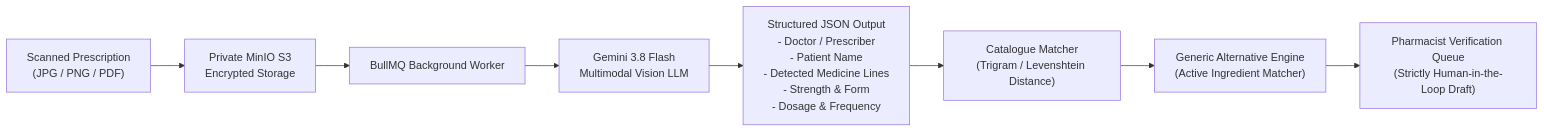
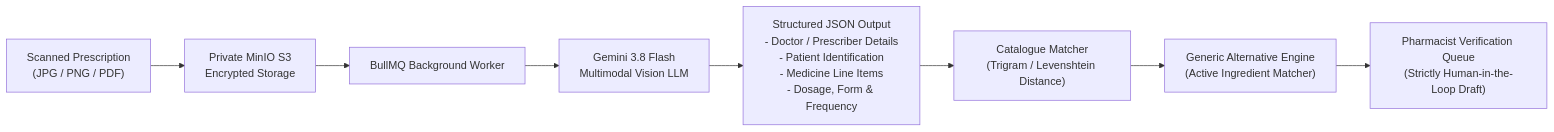
Before and after one commit to Anujanthwal-dotcom/assignment-isocode-labs: the sixth of 6 diagrams in technical_design_document.md, drawn with Mermaid. The commit also changed other lines of this file, not shown here.

````diff
--- a/technical_design_document.md
+++ b/technical_design_document.md
@@ -432,13 +382,13 @@
 ```mermaid
 flowchart LR
     Scan["Scanned Prescription\n(JPG / PNG / PDF)"] --> S3["Private MinIO S3\nEncrypted Storage"]
     S3 --> Worker["BullMQ Background Worker"]
     Worker --> Gemini["Gemini 3.8 Flash\nMultimodal Vision LLM"]
 
-    Gemini --> RawJSON["Structured JSON Output\n- Doctor / Prescriber\n- Patient Name\n- Detected Medicine Lines\n- Strength & Form\n- Dosage & Frequency"]
+    Gemini --> RawJSON["Structured JSON Output\n- Doctor / Prescriber Details\n- Patient Identification\n- Medicine Line Items\n- Dosage, Form & Frequency"]
 
     RawJSON --> Fuzzy["Catalogue Matcher\n(Trigram / Levenshtein Distance)"]
     Fuzzy --> GenericFinder["Generic Alternative Engine\n(Active Ingredient Matcher)"]
 
     GenericFinder --> DraftQueue["Pharmacist Verification Queue\n(Strictly Human-in-the-Loop Draft)"]
 ```
````
